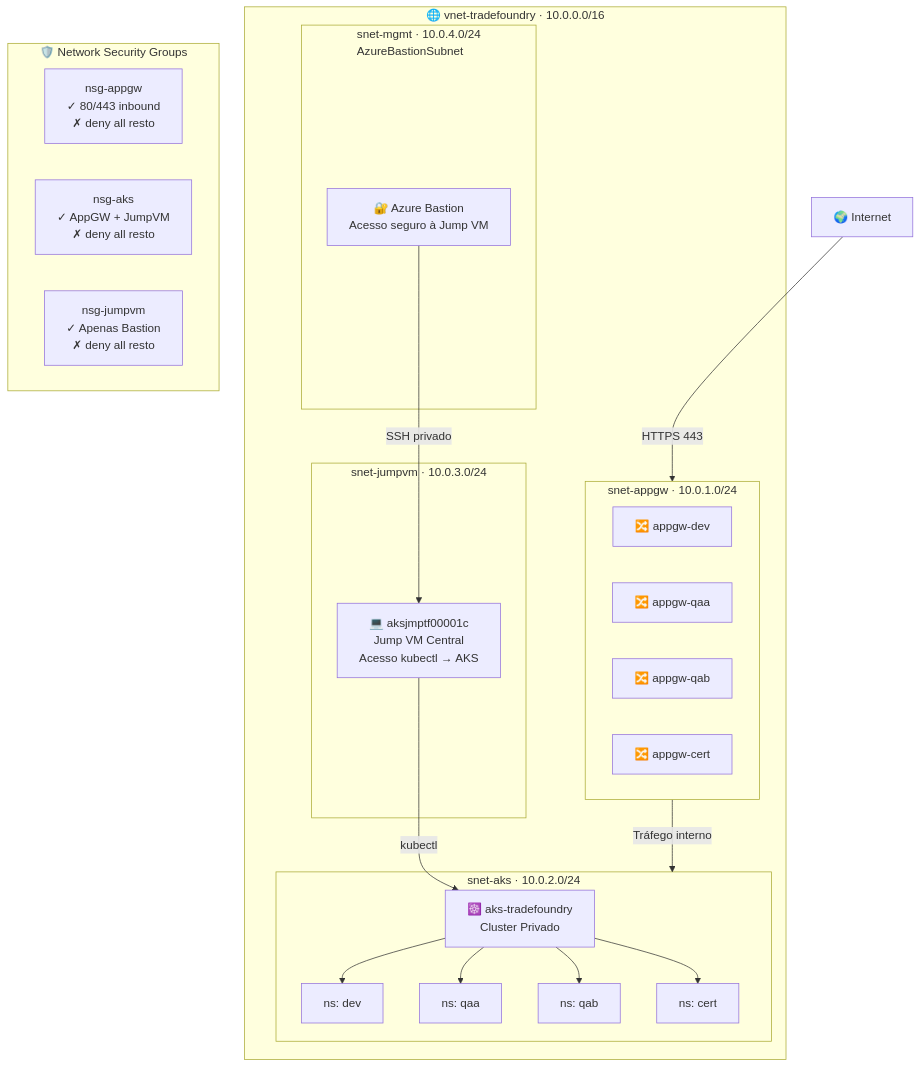
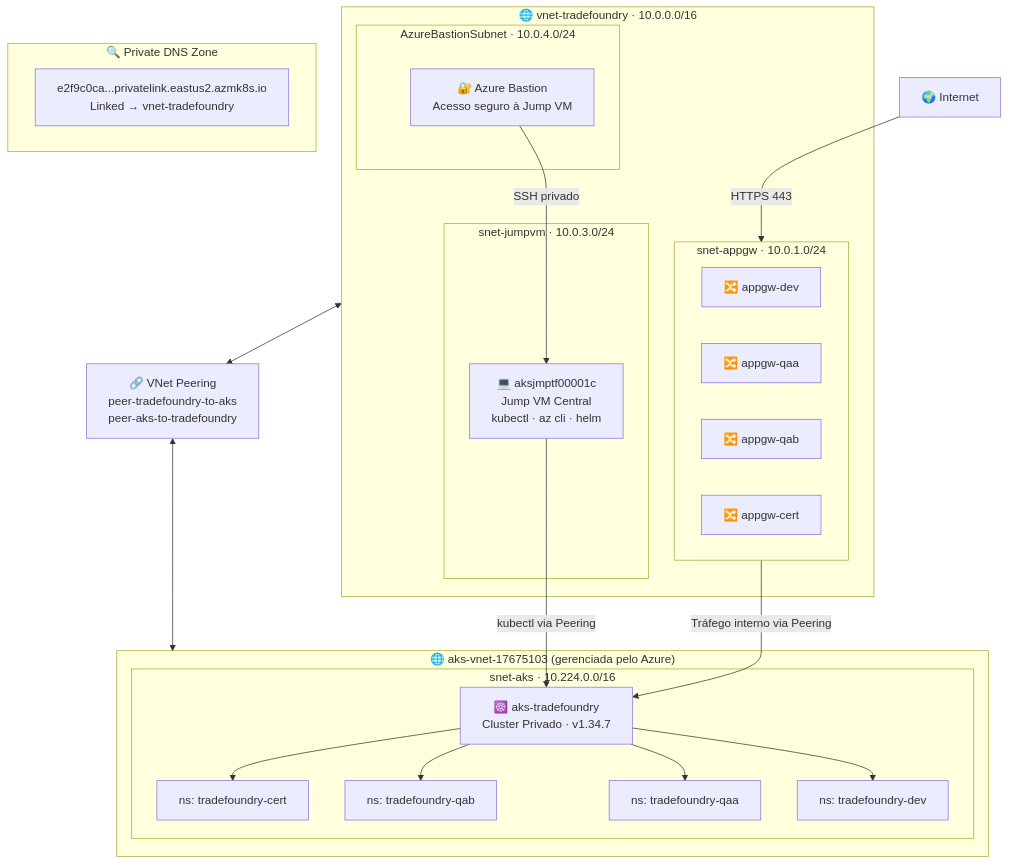
Before and after one commit to iamtexwiller/TradeFoundry: the diagram in README.md, drawn with Mermaid. The commit also changed other lines of this file, not shown here.

Commit message:
Atualiza README com Peering

````diff
--- a/README.md
+++ b/README.md
@@ -40,44 +40,48 @@
 ```mermaid
 flowchart TD
     subgraph VNET["🌐 vnet-tradefoundry · 10.0.0.0/16"]
 
         subgraph APPGW_SUBNET["snet-appgw · 10.0.1.0/24"]
             GW1["🔀 appgw-dev"]
             GW2["🔀 appgw-qaa"]
             GW3["🔀 appgw-qab"]
             GW4["🔀 appgw-cert"]
         end
 
-        subgraph AKS_SUBNET["snet-aks · 10.0.2.0/24"]
-            AKS["☸️ aks-tradefoundry\nCluster Privado"]
-            NS1["ns: dev"]
-            NS2["ns: qaa"]
-            NS3["ns: qab"]
-            NS4["ns: cert"]
+        subgraph JUMP_SUBNET["snet-jumpvm · 10.0.3.0/24"]
+            JMP["💻 aksjmptf00001c\nJump VM Central\nkubectl · az cli · helm"]
+        end
+
+        subgraph MGMT_SUBNET["AzureBastionSubnet · 10.0.4.0/24"]
+            BAS["🔐 Azure Bastion\nAcesso seguro à Jump VM"]
+        end
+
+    end
+
+    subgraph AKS_VNET["🌐 aks-vnet-17675103 (gerenciada pelo Azure)"]
+        subgraph AKS_SUBNET["snet-aks · 10.224.0.0/16"]
+            AKS["☸️ aks-tradefoundry\nCluster Privado · v1.34.7"]
+            NS1["ns: tradefoundry-dev"]
+            NS2["ns: tradefoundry-qaa"]
+            NS3["ns: tradefoundry-qab"]
+            NS4["ns: tradefoundry-cert"]
             AKS --> NS1
             AKS --> NS2
             AKS --> NS3
             AKS --> NS4
         end
-
-        subgraph JUMP_SUBNET["snet-jumpvm · 10.0.3.0/24"]
-            JMP["💻 aksjmptf00001c\nJump VM Central\nAcesso kubectl → AKS"]
-        end
-
-        subgraph MGMT_SUBNET["snet-mgmt · 10.0.4.0/24\nAzureBastionSubnet"]
-            BAS["🔐 Azure Bastion\nAcesso seguro à Jump VM"]
-        end
-
     end
 
+    PEERING["🔗 VNet Peering\npeer-tradefoundry-to-aks\npeer-aks-to-tradefoundry"]
+
+    VNET <--> PEERING <--> AKS_VNET
+
     INT["🌍 Internet"] -->|HTTPS 443| APPGW_SUBNET
-    APPGW_SUBNET -->|Tráfego interno| AKS_SUBNET
+    APPGW_SUBNET -->|Tráfego interno via Peering| AKS
     BAS -->|SSH privado| JMP
-    JMP -->|kubectl| AKS
+    JMP -->|kubectl via Peering| AKS
 
-    subgraph NSG["🛡️ Network Security Groups"]
-        N1["nsg-appgw\n✓ 80/443 inbound\n✗ deny all resto"]
-        N2["nsg-aks\n✓ AppGW + JumpVM\n✗ deny all resto"]
-        N3["nsg-jumpvm\n✓ Apenas Bastion\n✗ deny all resto"]
+    subgraph DNS["🔍 Private DNS Zone"]
+        PDNS["e2f9c0ca...privatelink.eastus2.azmk8s.io\nLinked → vnet-tradefoundry"]
     end
 ```
````
